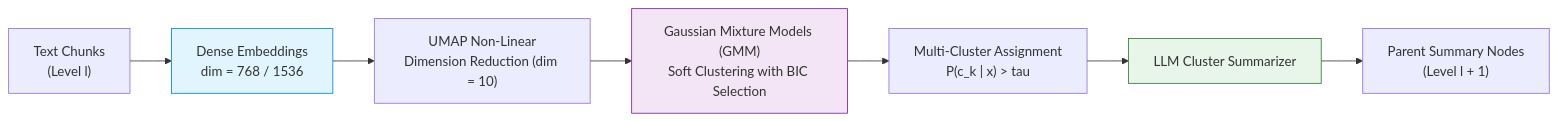
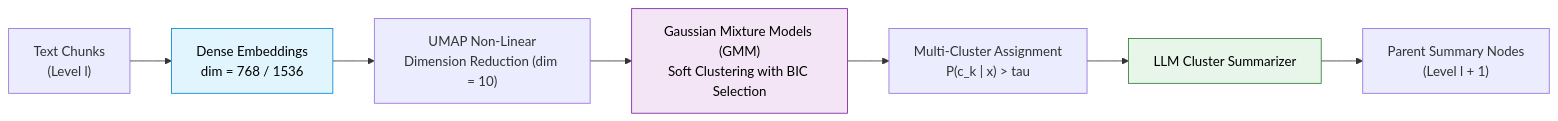
The second of 5 diagrams in 06-Advanced-RAG/RAPTOR.md (swapnil3104/RAG-Engineering), drawn with Mermaid before and after one commit. The commit also changed other lines of this file and 108 other files, not shown here.

Commit message:
fix: make chart text visible across all Mermaid diagrams and resolve markdown table formatting issues

````diff
--- a/06-Advanced-RAG/RAPTOR.md
+++ b/06-Advanced-RAG/RAPTOR.md
@@ -60,13 +60,13 @@
 ```mermaid
 flowchart LR
     RawChunks["Text Chunks<br/>(Level l)"] --> Embed["Dense Embeddings<br/>dim = 768 / 1536"]
     Embed --> UMAP["UMAP Non-Linear<br/>Dimension Reduction (dim = 10)"]
     UMAP --> GMM["Gaussian Mixture Models (GMM)<br/>Soft Clustering with BIC Selection"]
     GMM --> Overlap["Multi-Cluster Assignment<br/>P(c_k | x) > tau"]
     Overlap --> Summarize["LLM Cluster Summarizer"]
     Summarize --> ParentNodes["Parent Summary Nodes<br/>(Level l + 1)"]
 
-    style Embed fill:#e1f5fe,stroke:#0288d1,stroke-width:1px
-    style GMM fill:#f3e5f5,stroke:#7b1fa2,stroke-width:1px
-    style Summarize fill:#e8f5e9,stroke:#2e7d32,stroke-width:1px
+    style Embed fill:#e1f5fe,stroke:#0288d1,stroke-width:1px,color:#000000
+    style GMM fill:#f3e5f5,stroke:#7b1fa2,stroke-width:1px,color:#000000
+    style Summarize fill:#e8f5e9,stroke:#2e7d32,stroke-width:1px,color:#000000
 ```
````
